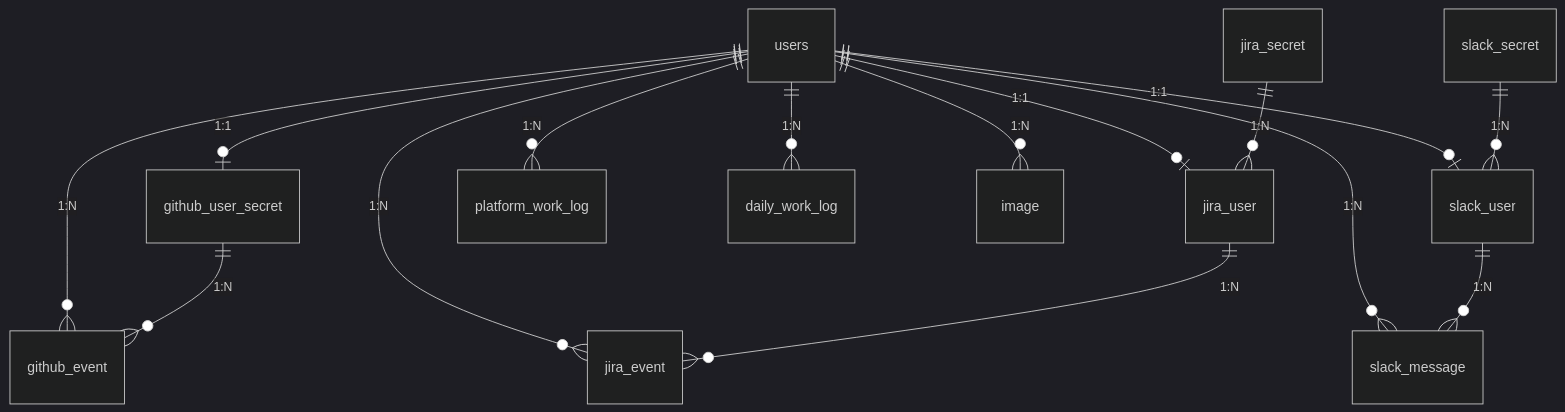
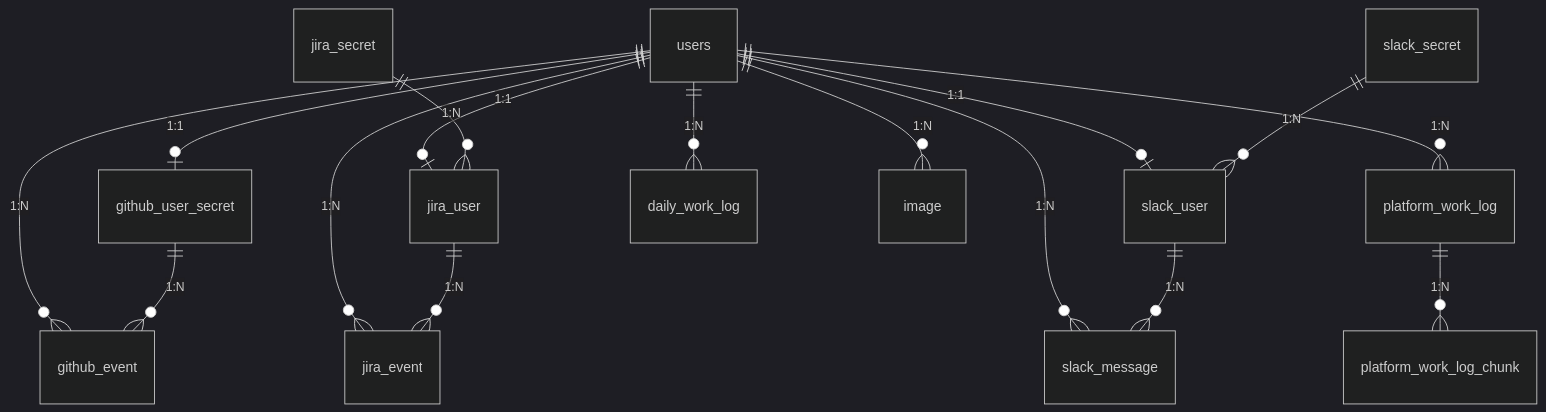
The first of 7 diagrams in docs/ERD.md (sanggi-wjg/dev-blackbox), drawn with Mermaid (dark theme) before and after one commit. The commit also changed other lines of this file and 33 other files, not shown here.

````diff
--- a/docs/ERD.md
+++ b/docs/ERD.md
@@ -9,17 +9,18 @@
 ```mermaid
 erDiagram
     users ||--o| github_user_secret: "1:1"
     users ||--o{ github_event: "1:N"
     users ||--o| jira_user: "1:1"
     users ||--o{ jira_event: "1:N"
     users ||--o| slack_user: "1:1"
     users ||--o{ slack_message: "1:N"
     users ||--o{ platform_work_log: "1:N"
     users ||--o{ daily_work_log: "1:N"
     users ||--o{ image: "1:N"
     github_user_secret ||--o{ github_event: "1:N"
     jira_secret ||--o{ jira_user: "1:N"
     jira_user ||--o{ jira_event: "1:N"
     slack_secret ||--o{ slack_user: "1:N"
     slack_user ||--o{ slack_message: "1:N"
+    platform_work_log ||--o{ platform_work_log_chunk : "1:N"
 ```
````
